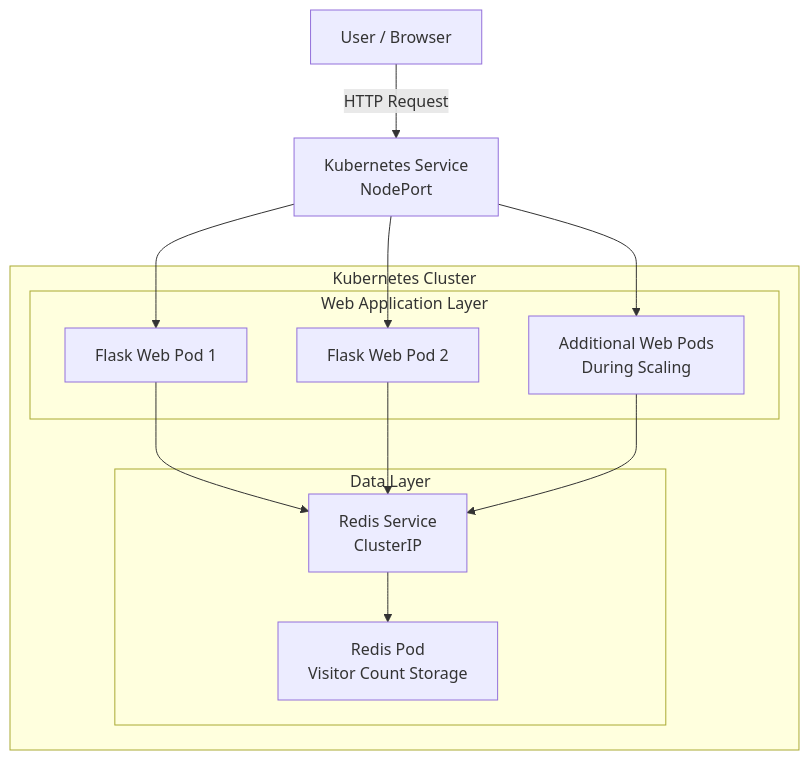
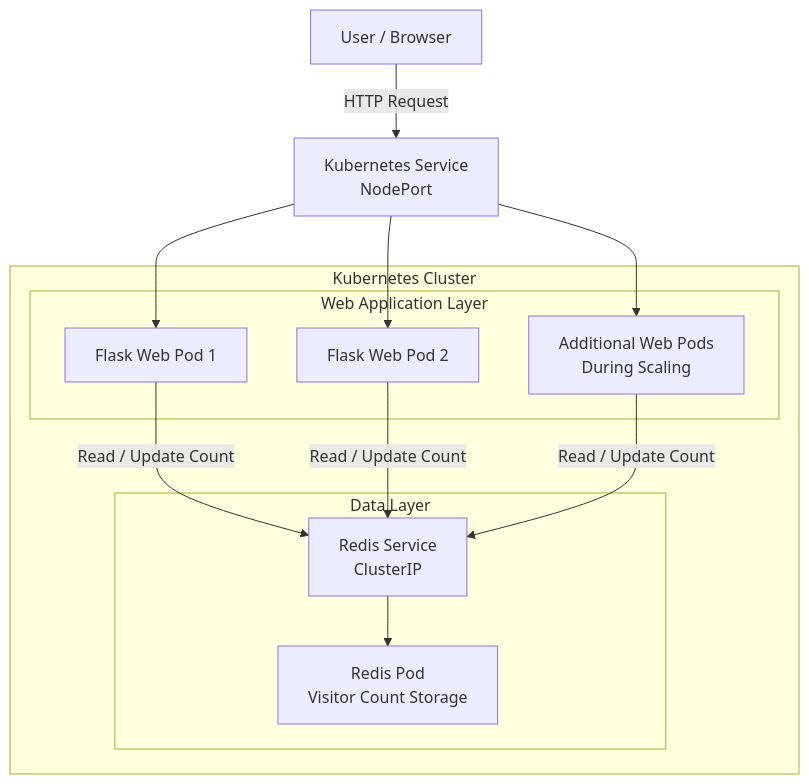
Before and after one commit to Ahsan-Ahmad-Khan/visitor-counter-cloud: the first of 2 diagrams in README.md, drawn with Mermaid.

````diff
--- a/README.md
+++ b/README.md
@@ -50,28 +50,28 @@
 ```mermaid
 flowchart TD
     U["User / Browser"]
     S["Kubernetes Service<br/>NodePort"]
 
     subgraph K["Kubernetes Cluster"]
         subgraph W["Web Application Layer"]
             W1["Flask Web Pod 1"]
             W2["Flask Web Pod 2"]
             W3["Additional Web Pods<br/>During Scaling"]
         end
 
         subgraph D["Data Layer"]
             RS["Redis Service<br/>ClusterIP"]
             R["Redis Pod<br/>Visitor Count Storage"]
             RS --> R
         end
 
-        W1 --> RS
-        W2 --> RS
-        W3 --> RS
+        W1 -->|"Read / Update Count"| RS
+        W2 -->|"Read / Update Count"| RS
+        W3 -->|"Read / Update Count"| RS
     end
 
     U -->|"HTTP Request"| S
     S --> W1
     S --> W2
     S --> W3
 ```
````
